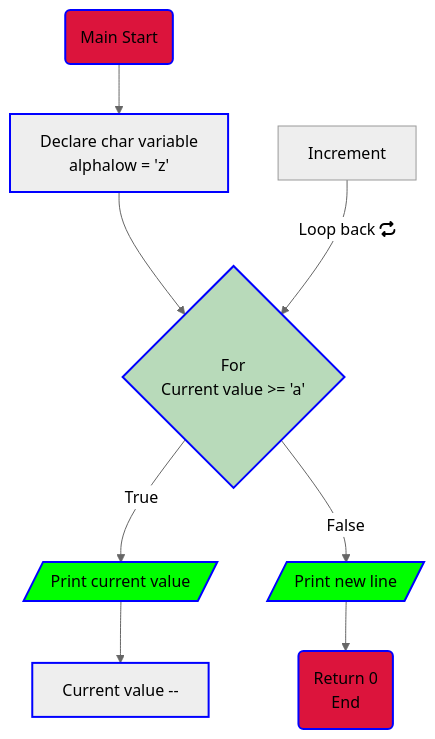
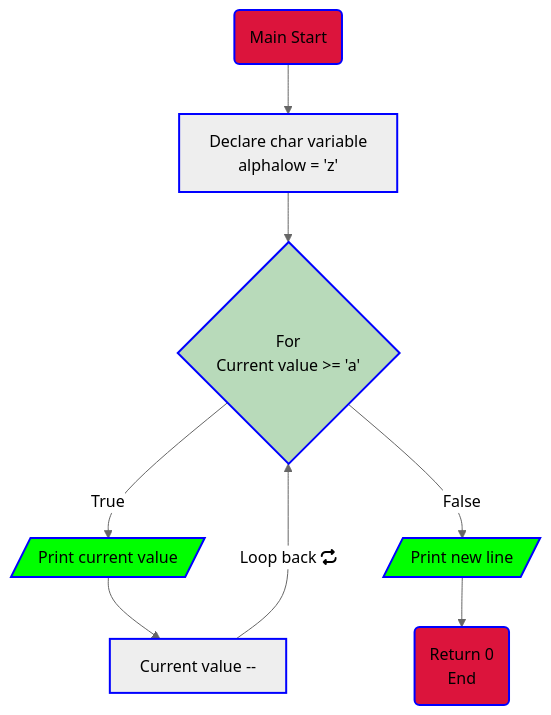
One commit to KevinYeff/holbertonschool-low_level_programming changed the eighth of 8 diagrams in variables_if_else_while/README.md. Above: the diagram before and after it, drawn with Mermaid.

Commit message:
fix: Flow char fixed

````diff
--- a/variables_if_else_while/README.md
+++ b/variables_if_else_while/README.md
@@ -327,21 +327,21 @@
 ``` mermaid
 graph TD;
 Start(Main Start)-->Declare[Declare char variable<br>alphalow = 'z']
 Declare-->Loop{For<br>Current value >= 'a'}
 Loop--True-->Print[/Print current value/]-->Decrement[Current value --]
-Increment--Loop back fa:fa-repeat-->Loop
+Decrement--Loop back fa:fa-repeat-->Loop
 Loop--False-->Print2[/Print new line/]
 Print2-->End(Return 0<br>End)
 
 style Start fill:crimson,stroke:blue,stroke-width:2px
 style Declare stroke:blue,stroke-width:2px
 style Loop fill:#b8daba,stroke:blue,stroke-width:2px
 style Print fill:#00ff00,stroke:blue,stroke-width:2px
 style Print2 fill:#00ff00,stroke:blue,stroke-width:2px
 style Decrement stroke:blue,stroke-width:2px
 style End fill:crimson,stroke:blue,stroke-width:2px
 
 %%{init:{
     'theme': 'neutral'
 }}%%
 ```
````
